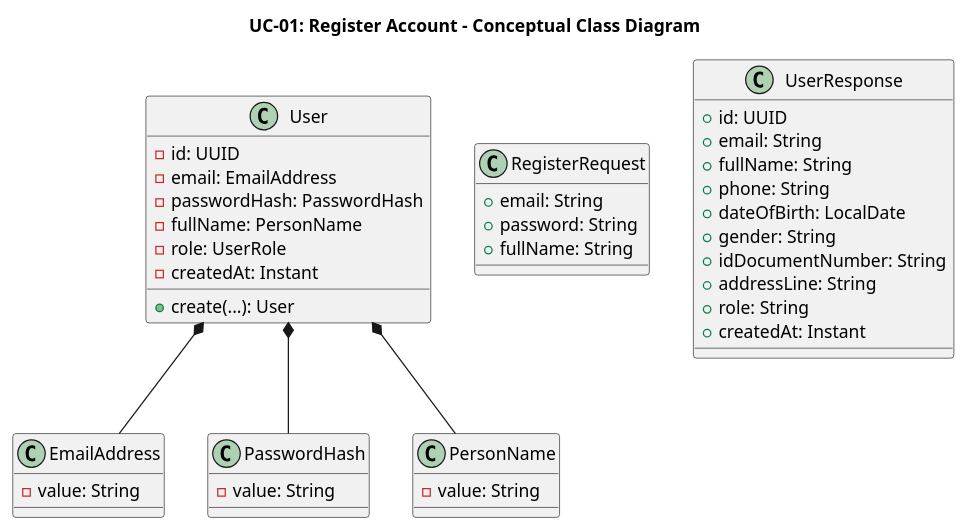
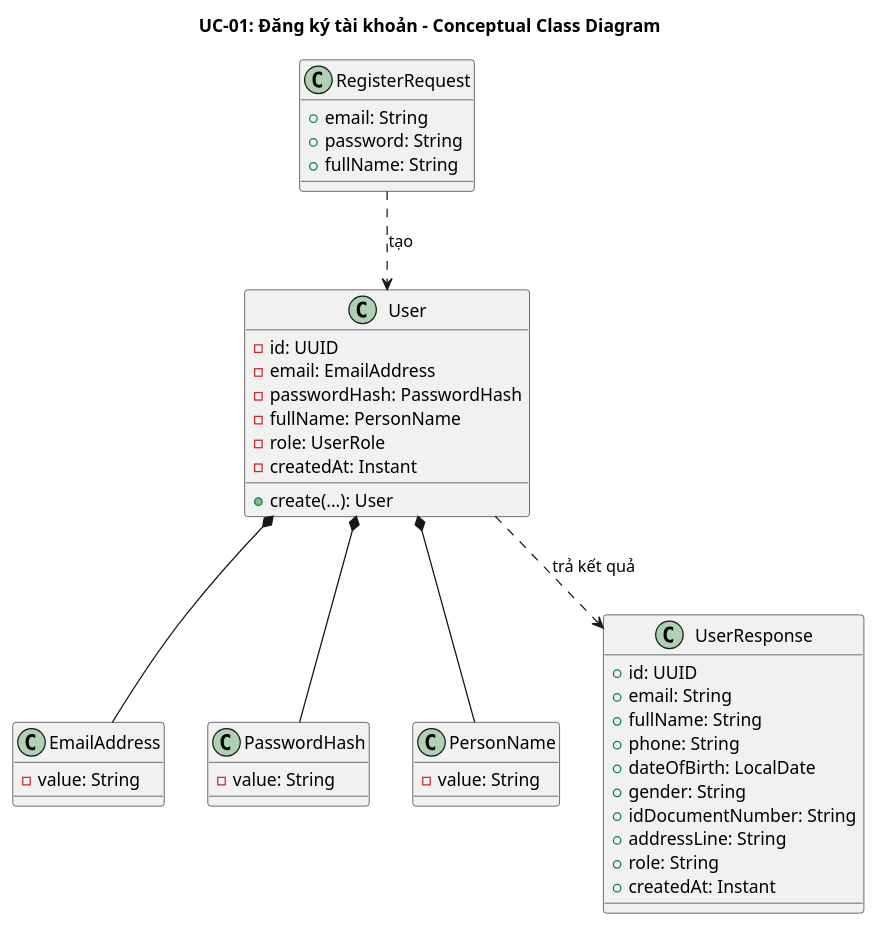
The fifth of 7 diagrams in docs/usecases/UC-01-dang-ky-tai-khoan.md (Phunguy65/train-ticket-booking-system-plus), drawn with PlantUML before and after one commit. The commit also changed other lines of this file and 14 other files, not shown here.

````diff
--- a/docs/usecases/UC-01-dang-ky-tai-khoan.md
+++ b/docs/usecases/UC-01-dang-ky-tai-khoan.md
@@ -86,50 +104,52 @@
 ```plantuml
 @startuml UC-01-class
-title UC-01: Register Account - Conceptual Class Diagram
+title UC-01: Đăng ký tài khoản - Conceptual Class Diagram
 
 class "User" as User {
   - id: UUID
   - email: EmailAddress
   - passwordHash: PasswordHash
   - fullName: PersonName
   - role: UserRole
   - createdAt: Instant
   + create(...): User
 }
 
 class "EmailAddress" as EmailAddress {
   - value: String
 }
 
 class "PasswordHash" as PasswordHash {
   - value: String
 }
 
 class "PersonName" as PersonName {
   - value: String
 }
 
 class "RegisterRequest" as RegisterRequest {
   + email: String
   + password: String
   + fullName: String
 }
 
 class "UserResponse" as UserResponse {
   + id: UUID
   + email: String
   + fullName: String
   + phone: String
   + dateOfBirth: LocalDate
   + gender: String
   + idDocumentNumber: String
   + addressLine: String
   + role: String
   + createdAt: Instant
 }
 
 User *-- EmailAddress
 User *-- PasswordHash
 User *-- PersonName
+RegisterRequest ..> User : tạo
+User ..> UserResponse : trả kết quả
 @enduml
 ```
````
